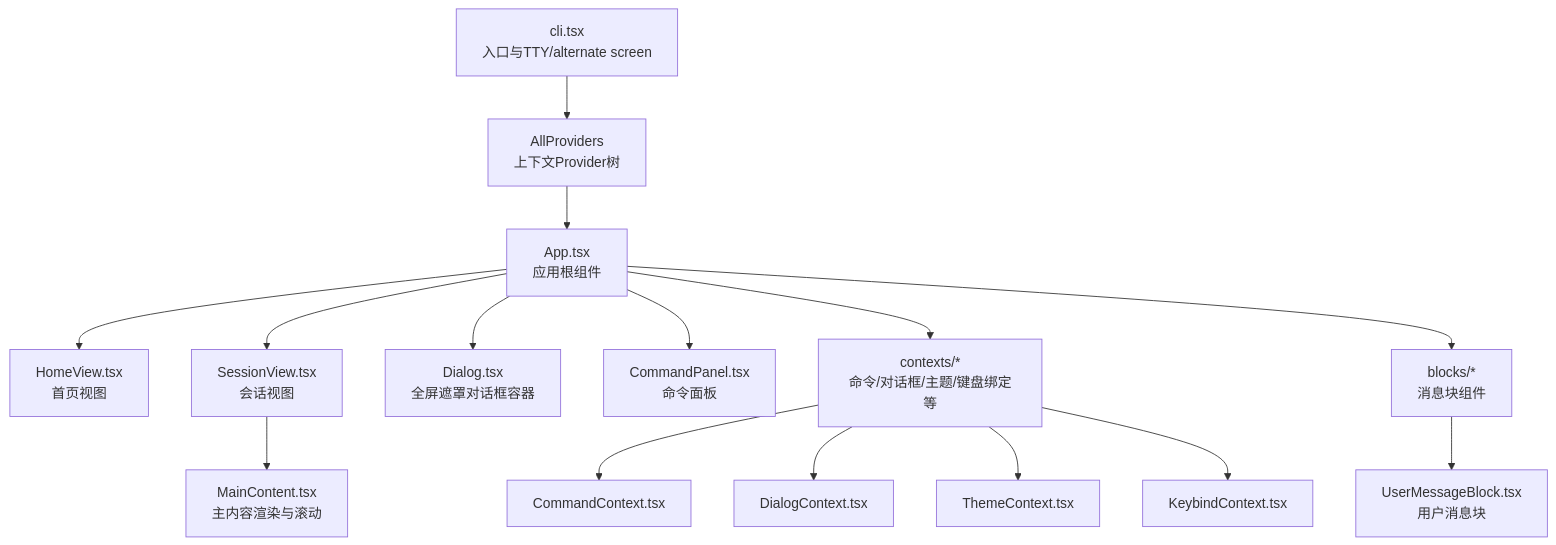
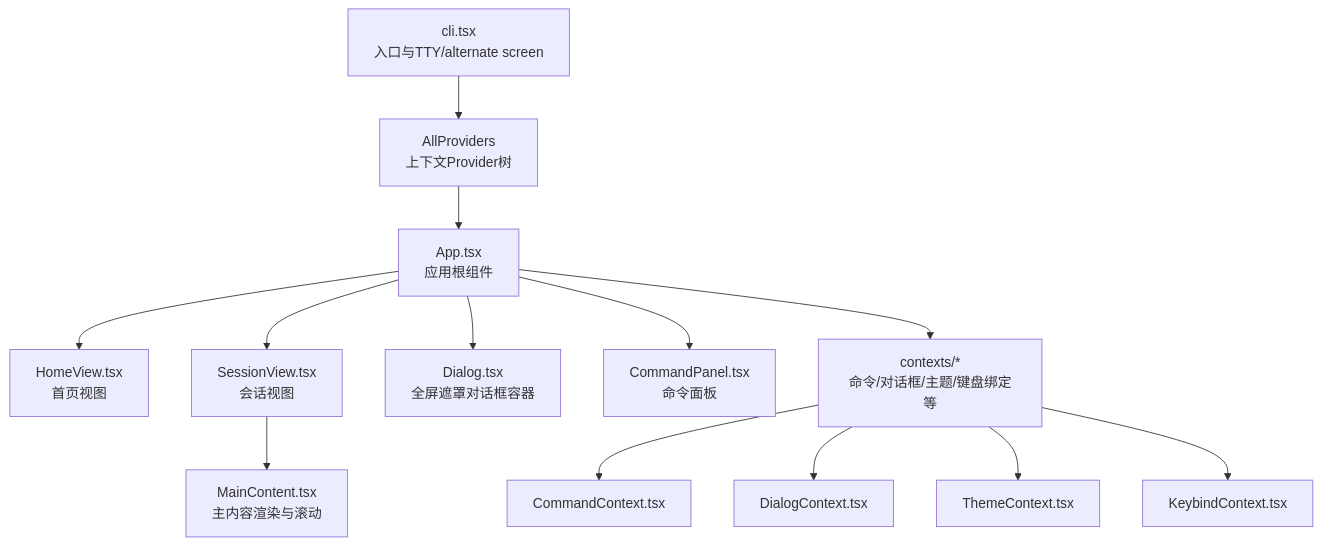
Before and after one commit to iammm0/secbot: the first of 11 diagrams in .qoder/repowiki/zh/content/用户界面/命令行界面 (Terminal UI)/命令行界面 (Terminal UI).md, drawn with Mermaid. The commit also changed other lines of this file and 47 other files, not shown here.

````diff
--- a/.qoder/repowiki/zh/content/用户界面/命令行界面 (Terminal UI)/命令行界面 (Terminal UI).md
+++ b/.qoder/repowiki/zh/content/用户界面/命令行界面 (Terminal UI)/命令行界面 (Terminal UI).md
@@ -63,17 +47,15 @@
 ```mermaid
 graph TB
 CLI["cli.tsx<br/>入口与TTY/alternate screen"] --> Providers["AllProviders<br/>上下文Provider树"]
 Providers --> App["App.tsx<br/>应用根组件"]
 App --> HomeView["HomeView.tsx<br/>首页视图"]
 App --> SessionView["SessionView.tsx<br/>会话视图"]
 App --> Dialog["Dialog.tsx<br/>全屏遮罩对话框容器"]
 App --> CommandPanel["CommandPanel.tsx<br/>命令面板"]
 App --> Contexts["contexts/*<br/>命令/对话框/主题/键盘绑定等"]
-App --> Blocks["blocks/*<br/>消息块组件"]
 SessionView --> MainContent["MainContent.tsx<br/>主内容渲染与滚动"]
 Contexts --> CommandContext["CommandContext.tsx"]
 Contexts --> DialogContext["DialogContext.tsx"]
 Contexts --> ThemeContext["ThemeContext.tsx"]
 Contexts --> KeybindContext["KeybindContext.tsx"]
-Blocks --> UserMessageBlock["UserMessageBlock.tsx<br/>用户消息块"]
 ```
````
